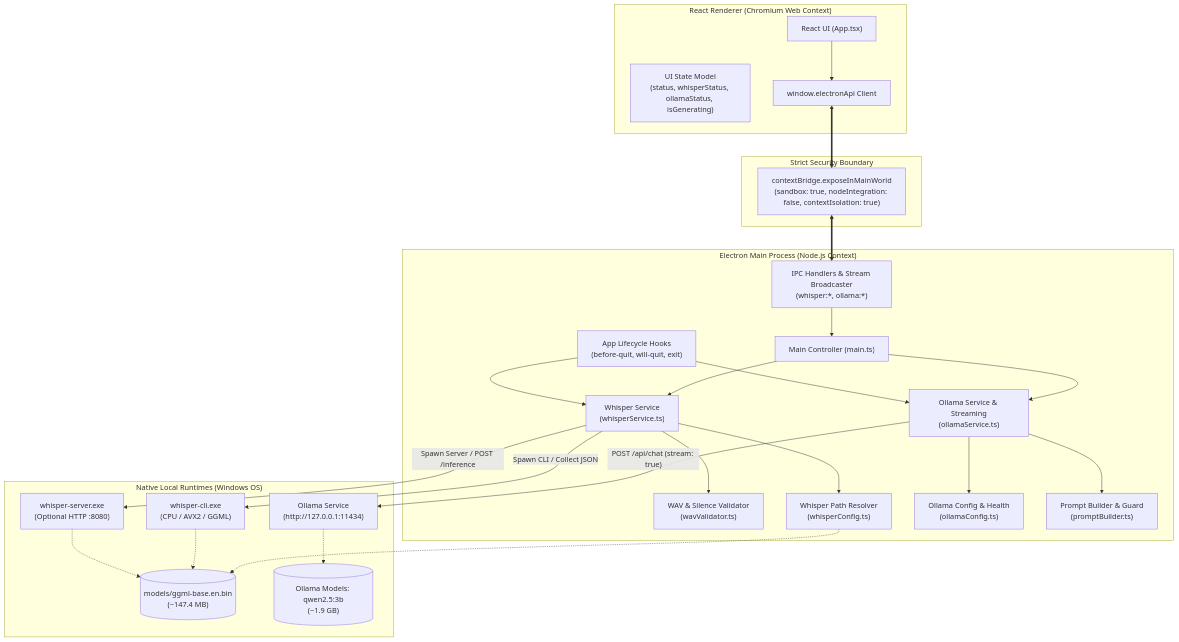
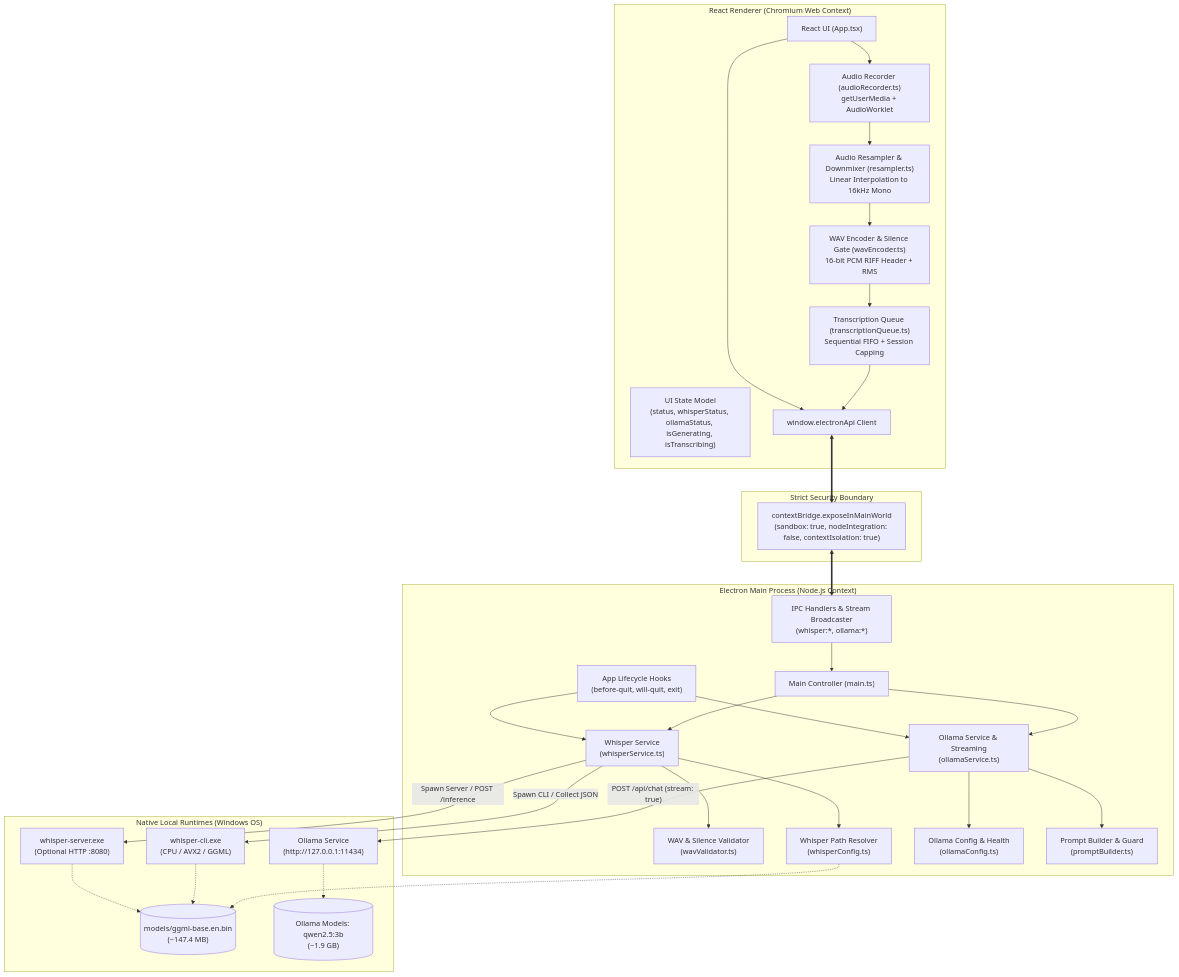
One commit to AbhiJeetSoni22/Local-AI-Conversation-Assistant changed the first of 4 diagrams in docs/ARCHITECTURE.md. Above: the diagram before and after it, drawn with Mermaid. The commit also changed other lines of this file and 19 other files, not shown here.

Commit message:
feat: implement Phase 4 audio capture, resampling, queueing, and Whisper IPC integration

````diff
--- a/docs/ARCHITECTURE.md
+++ b/docs/ARCHITECTURE.md
@@ -11,52 +11,61 @@
 ```mermaid
 graph TB
     subgraph UI_Renderer ["React Renderer (Chromium Web Context)"]
         UI["React UI (App.tsx)"]
-        State["UI State Model<br/>(status, whisperStatus, ollamaStatus, isGenerating)"]
+        State["UI State Model<br/>(status, whisperStatus, ollamaStatus, isGenerating, isTranscribing)"]
+        AudioRec["Audio Recorder (audioRecorder.ts)<br/>getUserMedia + AudioWorklet"]
+        Resampler["Audio Resampler & Downmixer (resampler.ts)<br/>Linear Interpolation to 16kHz Mono"]
+        WavEnc["WAV Encoder & Silence Gate (wavEncoder.ts)<br/>16-bit PCM RIFF Header + RMS"]
+        TxQueue["Transcription Queue (transcriptionQueue.ts)<br/>Sequential FIFO + Session Capping"]
         BridgeClient["window.electronApi Client"]
     end
 
     subgraph Security_Boundary ["Strict Security Boundary"]
         ContextBridge["contextBridge.exposeInMainWorld<br/>(sandbox: true, nodeIntegration: false, contextIsolation: true)"]
     end
 
     subgraph Electron_Main ["Electron Main Process (Node.js Context)"]
         Main["Main Controller (main.ts)"]
         IPCHandlers["IPC Handlers & Stream Broadcaster<br/>(whisper:*, ollama:*)"]
         Lifecycle["App Lifecycle Hooks<br/>(before-quit, will-quit, exit)"]
         WavVal["WAV & Silence Validator<br/>(wavValidator.ts)"]
         WhisperConfig["Whisper Path Resolver<br/>(whisperConfig.ts)"]
         WhisperSvc["Whisper Service<br/>(whisperService.ts)"]
         OllamaConfig["Ollama Config & Health<br/>(ollamaConfig.ts)"]
         PromptBuilder["Prompt Builder & Guard<br/>(promptBuilder.ts)"]
         OllamaSvc["Ollama Service & Streaming<br/>(ollamaService.ts)"]
     end
 
     subgraph Native_Runtimes ["Native Local Runtimes (Windows OS)"]
         WhisperCLI["whisper-cli.exe<br/>(CPU / AVX2 / GGML)"]
         WhisperServer["whisper-server.exe<br/>(Optional HTTP :8080)"]
         ModelStorage[("models/ggml-base.en.bin<br/>(~147.4 MB)")]
         OllamaDaemon["Ollama Service<br/>(http://127.0.0.1:11434)"]
         OllamaModelStorage[("Ollama Models: qwen2.5:3b<br/>(~1.9 GB)")]
     end
 
+    UI --> AudioRec
+    AudioRec --> Resampler
+    Resampler --> WavEnc
+    WavEnc --> TxQueue
+    TxQueue --> BridgeClient
     UI --> BridgeClient
     BridgeClient <==> ContextBridge
     ContextBridge <==> IPCHandlers
     IPCHandlers --> Main
     Main --> WhisperSvc
     Main --> OllamaSvc
     WhisperSvc --> WavVal
     WhisperSvc --> WhisperConfig
     OllamaSvc --> OllamaConfig
     OllamaSvc --> PromptBuilder
     Lifecycle --> WhisperSvc
     Lifecycle --> OllamaSvc
     WhisperConfig -.-> ModelStorage
     WhisperSvc -->|"Spawn CLI / Collect JSON"| WhisperCLI
     WhisperSvc -->|"Spawn Server / POST /inference"| WhisperServer
     WhisperCLI -.-> ModelStorage
     WhisperServer -.-> ModelStorage
     OllamaSvc -->|"POST /api/chat (stream: true)"| OllamaDaemon
     OllamaDaemon -.-> OllamaModelStorage
 ```
````
